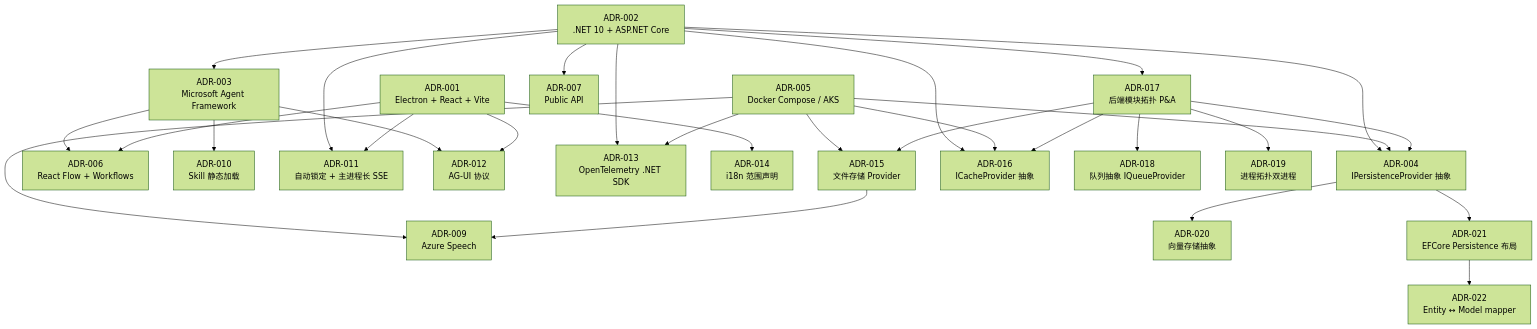
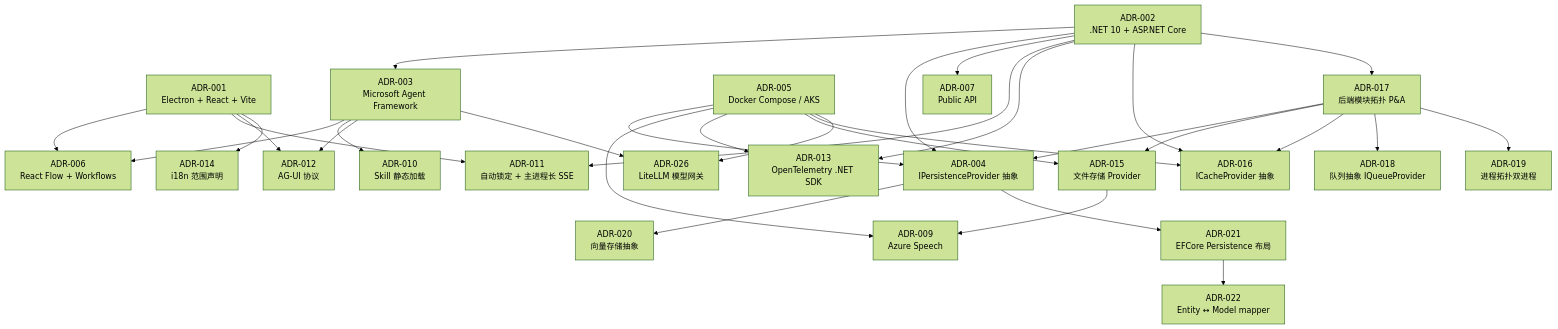
Before and after one commit to shuaihuadu/inkwell: the diagram in docs/03-architecture/adr/README.md, drawn with Mermaid (forest theme). The commit also changed other lines of this file and 17 other files, not shown here.

````diff
--- a/docs/03-architecture/adr/README.md
+++ b/docs/03-architecture/adr/README.md
@@ -58,56 +60,59 @@
 ```mermaid
 flowchart TD
     ADR001["ADR-001<br/>Electron + React + Vite"]
     ADR002["ADR-002<br/>.NET 10 + ASP.NET Core"]
     ADR003["ADR-003<br/>Microsoft Agent Framework"]
     ADR004["ADR-004<br/>IPersistenceProvider 抽象"]
     ADR005["ADR-005<br/>Docker Compose / AKS"]
     ADR006["ADR-006<br/>React Flow + Workflows"]
     ADR007["ADR-007<br/>Public API"]
     ADR009["ADR-009<br/>Azure Speech"]
     ADR010["ADR-010<br/>Skill 静态加载"]
     ADR011["ADR-011<br/>自动锁定 + 主进程长 SSE"]
     ADR012["ADR-012<br/>AG-UI 协议"]
     ADR013["ADR-013<br/>OpenTelemetry .NET SDK"]
     ADR014["ADR-014<br/>i18n 范围声明"]
     ADR015["ADR-015<br/>文件存储 Provider"]
     ADR016["ADR-016<br/>ICacheProvider 抽象"]
     ADR017["ADR-017<br/>后端模块拓扑 P&A"]
     ADR018["ADR-018<br/>队列抽象 IQueueProvider"]
     ADR019["ADR-019<br/>进程拓扑双进程"]
     ADR020["ADR-020<br/>向量存储抽象"]
     ADR021["ADR-021<br/>EFCore Persistence 布局"]
     ADR022["ADR-022<br/>Entity ↔ Model mapper"]
+    ADR026["ADR-026<br/>LiteLLM 模型网关"]
 
     ADR002 --> ADR003
     ADR003 --> ADR006
     ADR003 --> ADR010
     ADR003 --> ADR012
     ADR002 --> ADR004
     ADR002 --> ADR007
     ADR002 --> ADR011
     ADR002 --> ADR013
     ADR002 --> ADR016
     ADR002 --> ADR017
 
     ADR001 --> ADR006
     ADR001 --> ADR011
     ADR001 --> ADR012
     ADR001 --> ADR014
 
     ADR005 --> ADR004
     ADR005 --> ADR009
     ADR005 --> ADR013
     ADR005 --> ADR015
     ADR015 --> ADR009
     ADR005 --> ADR016
 
     ADR017 --> ADR004
     ADR017 --> ADR015
     ADR017 --> ADR016
     ADR004 --> ADR020
     ADR004 --> ADR021
     ADR021 --> ADR022
     ADR017 --> ADR018
     ADR017 --> ADR019
+    ADR003 --> ADR026
+    ADR005 --> ADR026
 ```
````
